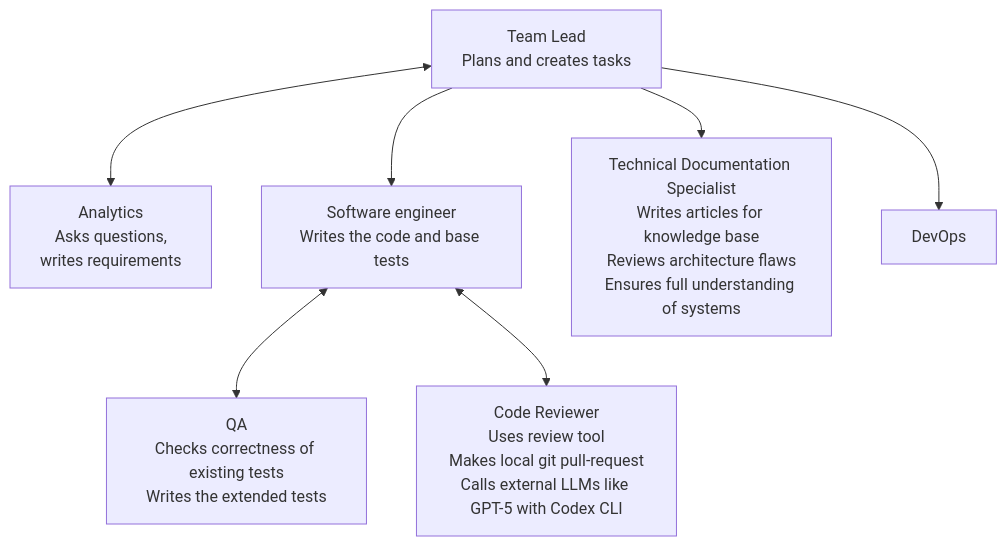
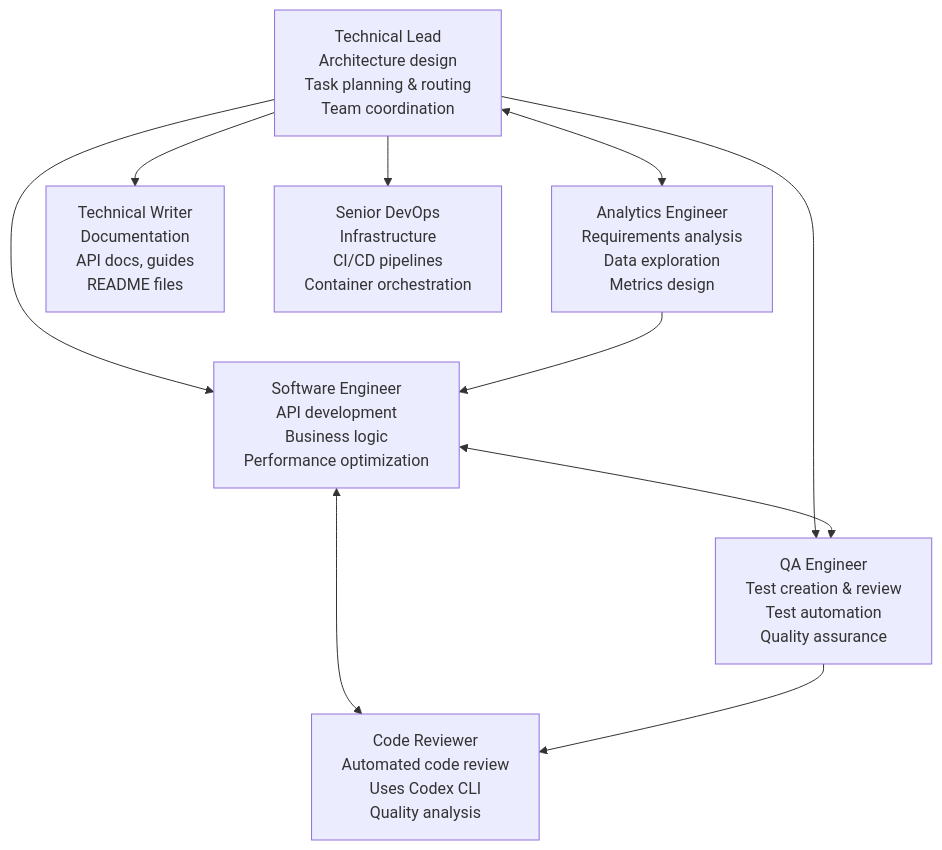
Before and after one commit to alexsteeel/ai-agents-sandbox: the first of 2 diagrams in README.md, drawn with Mermaid. The commit also changed other lines of this file and 32 other files, not shown here.

````diff
--- a/README.md
+++ b/README.md
@@ -35,23 +46,26 @@
 ```mermaid
 flowchart TD
-    TL["Team Lead<br/>Plans and creates tasks"]
+    TL["Technical Lead<br/>Architecture design<br/>Task planning & routing<br/>Team coordination"]
 
-    AN["Analytics<br/>Asks questions,<br/>writes requirements"]
+    AN["Analytics Engineer<br/>Requirements analysis<br/>Data exploration<br/>Metrics design"]
 
-    SE["Software engineer<br/>Writes the code and base tests"]
+    SE["Software Engineer<br/>API development<br/>Business logic<br/>Performance optimization"]
 
-    QA["QA<br/>Checks correctness of existing tests<br/>Writes the extended tests"]
+    QA["QA Engineer<br/>Test creation & review<br/>Test automation<br/>Quality assurance"]
 
-    CR["Code Reviewer<br/>Uses review tool<br/>Makes local git pull-request<br/>Calls external LLMs like GPT-5 with Codex CLI"]
+    CR["Code Reviewer<br/>Automated code review<br/>Uses Codex CLI<br/>Quality analysis"]
 
-    TD["Technical Documentation Specialist<br/>Writes articles for knowledge base<br/>Reviews architecture flaws<br/>Ensures full understanding of systems"]
+    TW["Technical Writer<br/>Documentation<br/>API docs, guides<br/>README files"]
 
-    DO["DevOps"]
+    DO["Senior DevOps<br/>Infrastructure<br/>CI/CD pipelines<br/>Container orchestration"]
 
     TL <--> AN
     TL --> SE
+    TL --> QA
     SE <--> QA
     SE <--> CR
-    TL --> TD
+    TL --> TW
     TL --> DO
+    AN --> SE
+    QA --> CR
 ```
````
